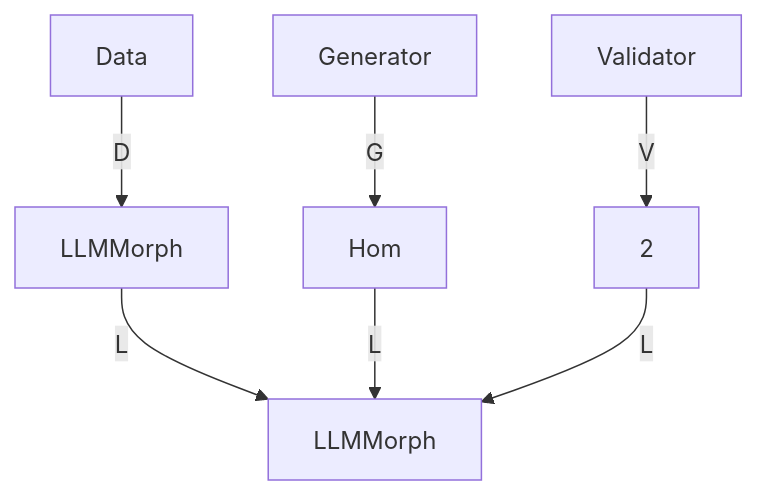
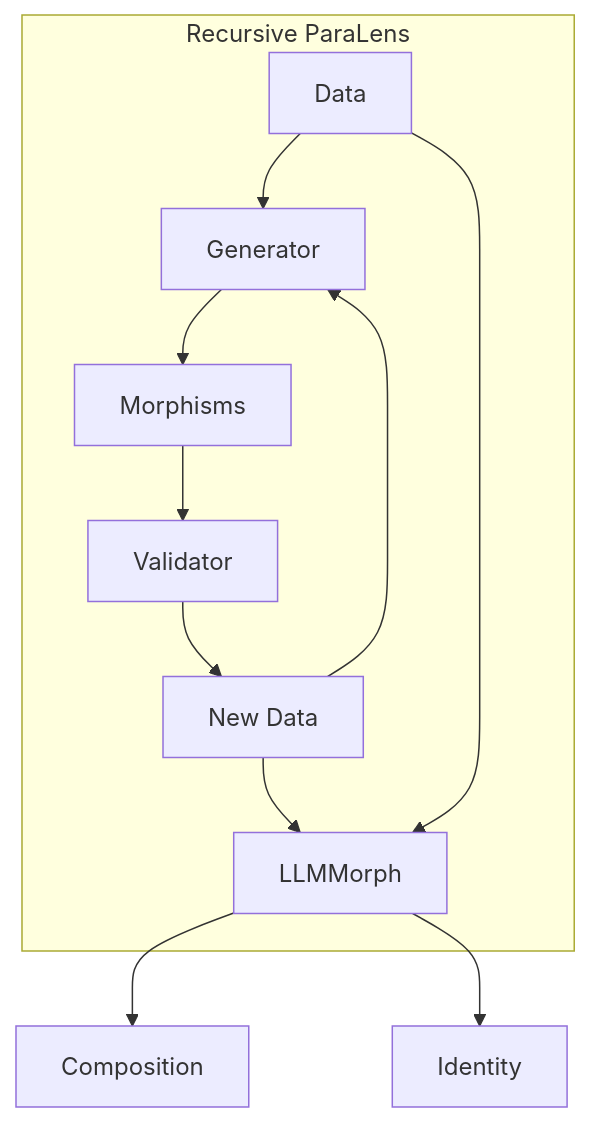
One commit to furlat/Abstractions changed the third of 3 diagrams in llmmorph.md. Above: the diagram before and after it, drawn with Mermaid. The commit also changed other lines of this file, not shown here.

````diff
--- a/llmmorph.md
+++ b/llmmorph.md
@@ -86,9 +149,14 @@
 ```mermaid
 graph TD
-    A[Data] -- D --> B[LLMMorph]
-    C[Generator] -- G --> D[Hom]
-    E[Validator] -- V --> F[2]
-    B -- L --> G[LLMMorph]
-    D -- L --> G
-    F -- L --> G
+    subgraph Recursive ParaLens
+        D[Data] --> G[Generator]
+        G --> M[Morphisms]
+        M --> V[Validator]
+        V --> N[New Data]
+        N --> G
+        N --> L[LLMMorph]
+    end
+    D --> L
+    L --> C[Composition]
+    L --> I[Identity]
 ```
````
